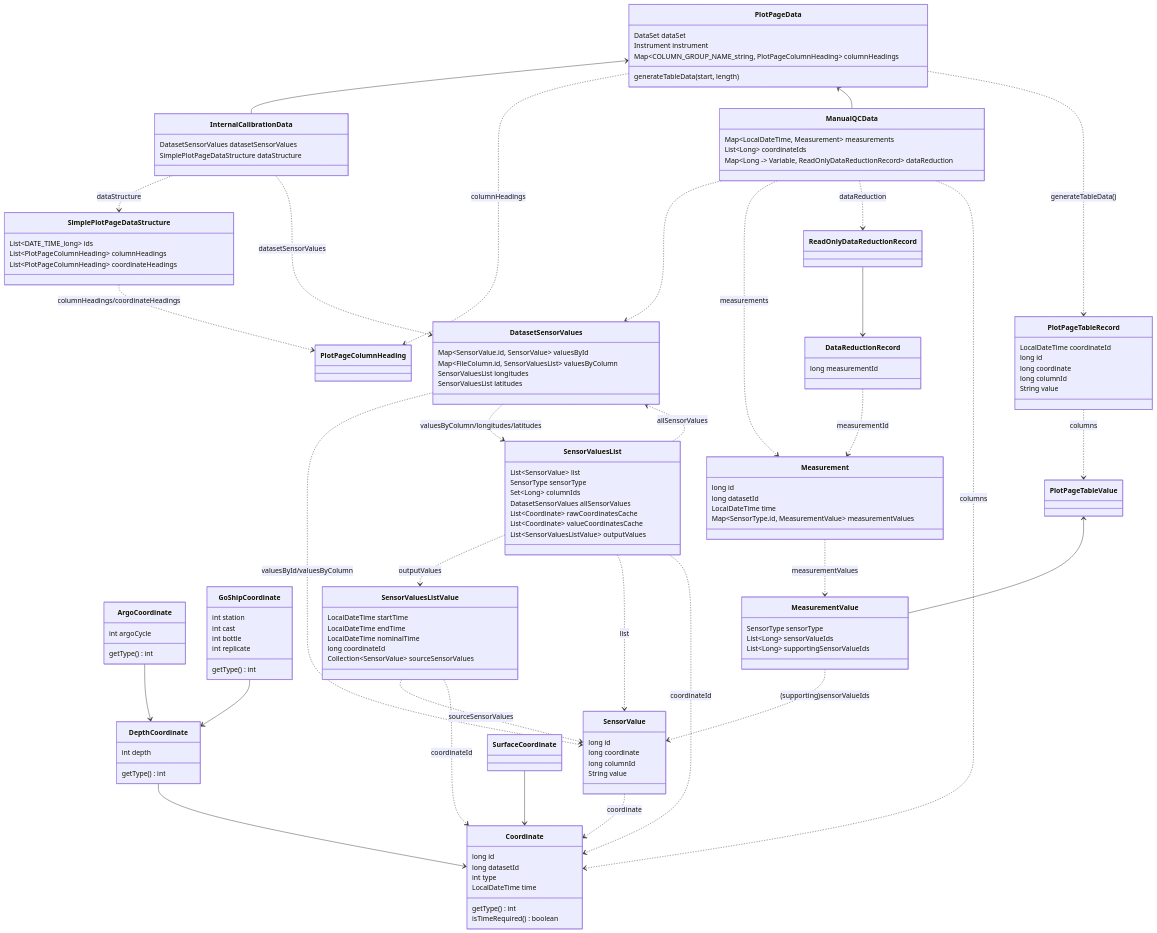
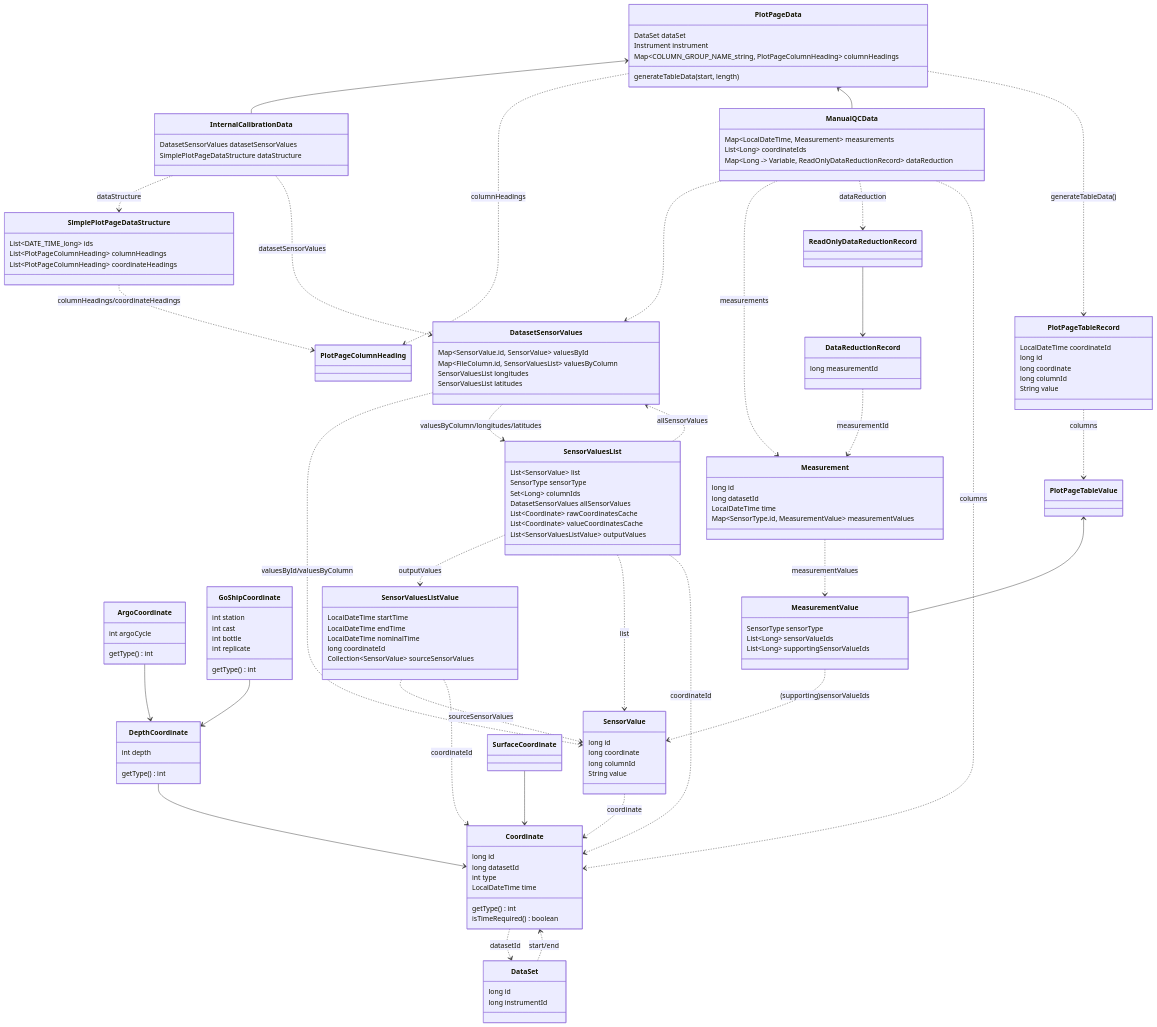
The diagram in Documentation/Design/JavaClasses/DatasetData_with_coordinate.mermaid (squaregoldfish/QuinCe), drawn with Mermaid before and after one commit. The commit also changed 2 other files, not shown here.

Commit message:
(#2931) Database migration for dataset start/end coordinates

```diff
--- a/Documentation/Design/JavaClasses/DatasetData_with_coordinate.mermaid
+++ b/Documentation/Design/JavaClasses/DatasetData_with_coordinate.mermaid
@@ -1,153 +1,161 @@
 classDiagram
     class ArgoCoordinate {
         int argoCycle
         getType() int
     }
 
     class Coordinate {
         long id
         long datasetId
         int type
         LocalDateTime time
         getType() int
         isTimeRequired() boolean
+    }
+
+    class DataSet {
+        long id
+        long instrumentId
     }
     
     class DepthCoordinate {
         int depth
         getType() int
     }
 
     class DataReductionRecord {
         long measurementId
     }
 
     class DatasetSensorValues {
         Map~SensorValue.id, SensorValue~ valuesById
         Map~FileColumn.id, SensorValuesList~ valuesByColumn
         SensorValuesList longitudes
         SensorValuesList latitudes
     }
 
     class GoShipCoordinate {
         int station
         int cast
         int bottle
         int replicate
         getType() int
     }
 
     class InternalCalibrationData {
         DatasetSensorValues datasetSensorValues
         SimplePlotPageDataStructure dataStructure
     }
     
     class ManualQCData {
         Map~LocalDateTime, Measurement~ measurements
         List~Long~ coordinateIds
         Map~Long -> Variable, ReadOnlyDataReductionRecord~ dataReduction
     }
 
     class Measurement {
         long id
         long datasetId
         LocalDateTime time
         Map~SensorType.id, MeasurementValue~ measurementValues
     }
 
     class MeasurementValue {
         SensorType sensorType
         List~Long~ sensorValueIds
         List~Long~ supportingSensorValueIds
     }
 
     class PlotPageData {
         DataSet dataSet
         Instrument instrument
         Map~COLUMN_GROUP_NAME_string, PlotPageColumnHeading~ columnHeadings
         generateTableData(start, length)
     }
 
     class PlotPageTableRecord {
         LocalDateTime coordinateId
         long id
         long coordinate
         long columnId
         String value
     }
 
     class SensorValue {
         long id
         long coordinate
         long columnId
         String value
     }
 
     class SensorValuesList {
         List~SensorValue~ list
         SensorType sensorType
         Set~Long~ columnIds
         DatasetSensorValues allSensorValues
         List~Coordinate~ rawCoordinatesCache
         List~Coordinate~ valueCoordinatesCache
         List~SensorValuesListValue~ outputValues
     }
 
     class SensorValuesListValue {
         LocalDateTime startTime
         LocalDateTime endTime
         LocalDateTime nominalTime
         long coordinateId
         Collection~SensorValue~ sourceSensorValues
     }
 
     class SimplePlotPageDataStructure {
         List~DATE_TIME_long~ ids
         List~PlotPageColumnHeading~ columnHeadings
         List~PlotPageColumnHeading~ coordinateHeadings
     }
 
 
 PlotPageData <-- InternalCalibrationData
 InternalCalibrationData ..> SimplePlotPageDataStructure : dataStructure
 InternalCalibrationData ..> DatasetSensorValues : datasetSensorValues
 SimplePlotPageDataStructure ..> PlotPageColumnHeading : columnHeadings/coordinateHeadings
 PlotPageData ..> PlotPageColumnHeading : columnHeadings
 PlotPageData <-- ManualQCData
 ManualQCData ..> DatasetSensorValues
 
 DatasetSensorValues ..> SensorValue : valuesById/valuesByColumn
 DatasetSensorValues ..> SensorValuesList : valuesByColumn/longitudes/latitudes
 SensorValuesList ..> DatasetSensorValues : allSensorValues
 
 SensorValuesList ..> SensorValuesListValue : outputValues
 SensorValuesListValue ..> SensorValue : sourceSensorValues
 SensorValuesList ..> SensorValue : list
 
 SensorValue ..> Coordinate : coordinate
 
 ManualQCData ..> Measurement : measurements
 ManualQCData ..> ReadOnlyDataReductionRecord : dataReduction
 ReadOnlyDataReductionRecord --> DataReductionRecord
 DataReductionRecord ..> Measurement : measurementId
 
 Measurement ..> MeasurementValue : measurementValues
 
 PlotPageData ..> PlotPageTableRecord : generateTableData()
 PlotPageTableRecord ..> PlotPageTableValue : columns
 PlotPageTableValue <-- MeasurementValue
 MeasurementValue ..> SensorValue : (supporting)sensorValueIds
 
 
 SensorValuesListValue ..> Coordinate : coordinateId
 
 ManualQCData ..> Coordinate : columns
 SensorValuesList ..> Coordinate : coordinateId
 
 ArgoCoordinate --> DepthCoordinate
 GoShipCoordinate --> DepthCoordinate
 DepthCoordinate --> Coordinate
 SurfaceCoordinate --> Coordinate
 
+Coordinate ..> DataSet : datasetId
+DataSet ..> Coordinate : start/end
+
 %% note for SensorValuesListValue "Times for surface coordinates. Coordinate for others. Not sure how this will work yet"
 %% note for Coordinate "Type solidly linked to class, but a getType method with psf constants is probably best"
```
